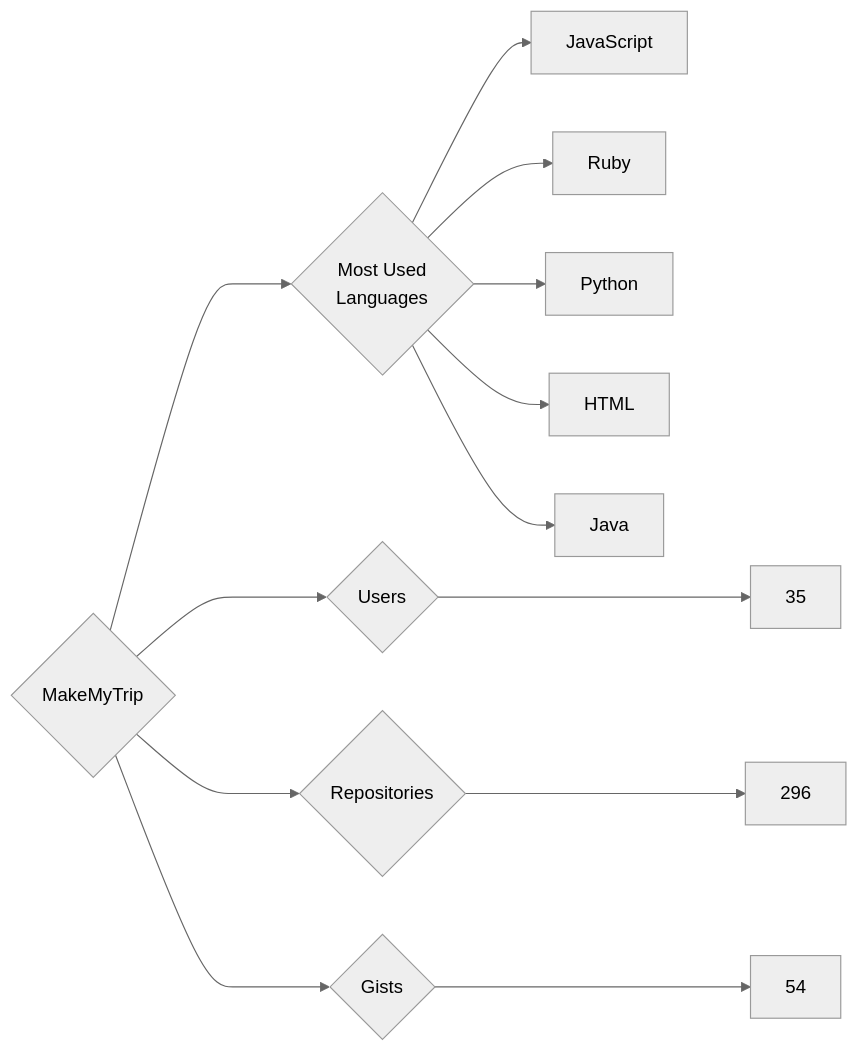
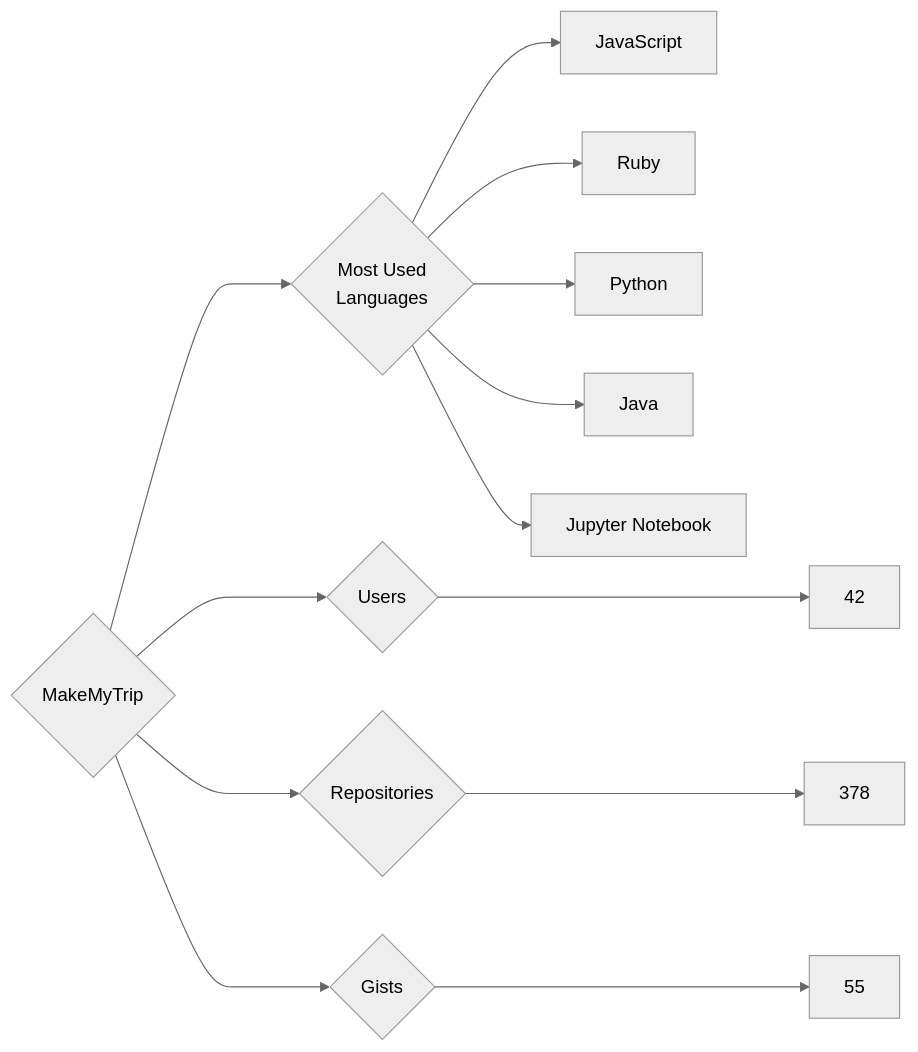
The diagram in targets/MakeMyTrip/README.md (trickest/insiders), drawn with Mermaid (neutral theme) before and after one commit. The commit also changed 777 other files, not shown here.

````diff
--- a/targets/MakeMyTrip/README.md
+++ b/targets/MakeMyTrip/README.md
@@ -3,13 +3,13 @@
 ```mermaid
 graph LR
 COMPANY_NAME{MakeMyTrip}
-COMPANY_NAME ---> U{Users} ---> UN[35]
-COMPANY_NAME ---> R{Repositories} ---> RN[296]
-COMPANY_NAME ---> G{Gists} ---> GN[54]
+COMPANY_NAME ---> U{Users} ---> UN[42]
+COMPANY_NAME ---> R{Repositories} ---> RN[378]
+COMPANY_NAME ---> G{Gists} ---> GN[55]
 COMPANY_NAME ---> ML{Most Used<br>Languages}
 ML --> JavaScript[JavaScript]
 ML --> Ruby[Ruby]
 ML --> Python[Python]
-ML --> HTML[HTML]
 ML --> Java[Java]
+ML --> Jupyter_Notebook[Jupyter Notebook]
 ```
````
